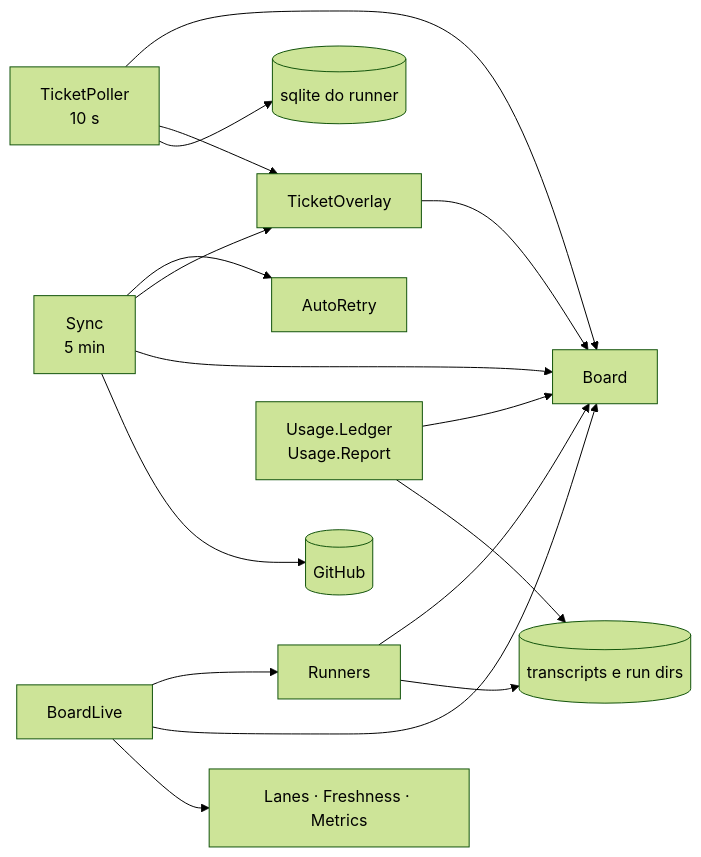
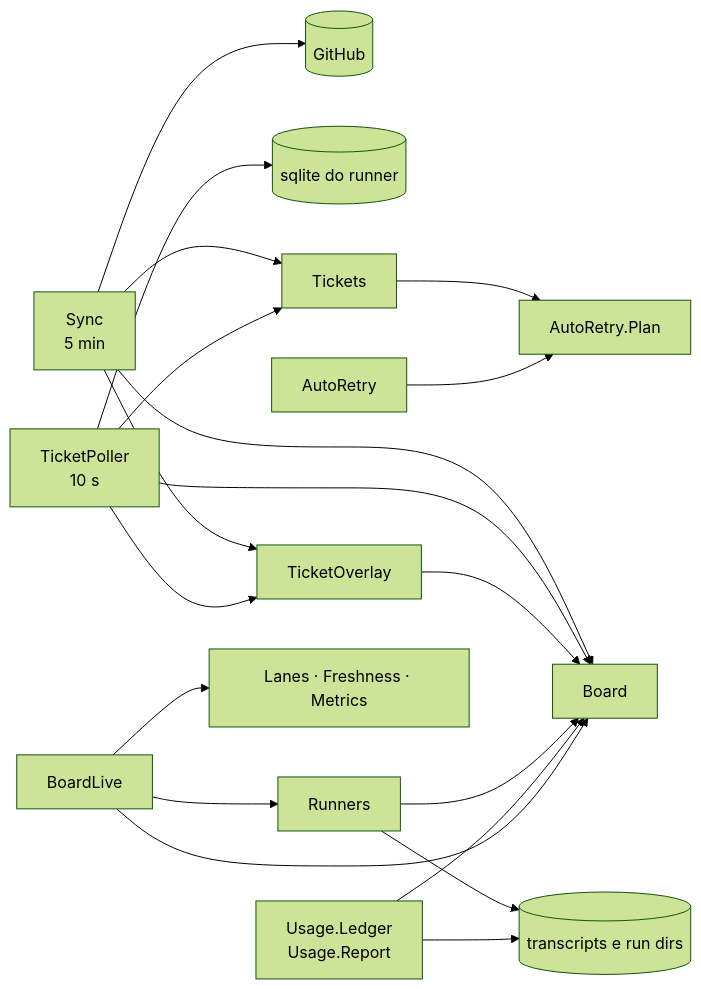
One commit to sallaumen/dsh-superagent-superboard changed the second of 5 diagrams in docs/architecture/README.md. Above: the diagram before and after it, drawn with Mermaid (forest theme). The commit also changed other lines of this file and 6 other files, not shown here.

First line of the commit message:
refactor(tickets): give the ticket rule and the retry decision their modules

````diff
--- a/docs/architecture/README.md
+++ b/docs/architecture/README.md
@@ -70,25 +70,29 @@
 ```mermaid
 flowchart LR
     GH[(GitHub)]
     AGENT[(sqlite do runner)]
     FILES[(transcripts e run dirs)]
 
     SYNC["Sync\n5 min"] --> GH
     SYNC --> BOARD["Board"]
     SYNC --> OVERLAY["TicketOverlay"]
-    SYNC --> AUTORETRY["AutoRetry"]
+    SYNC --> TICKETS["Tickets"]
 
     POLL["TicketPoller\n10 s"] --> AGENT
+    POLL --> TICKETS
     POLL --> OVERLAY
     POLL --> BOARD
+
+    TICKETS --> PLAN["AutoRetry.Plan"]
+    AUTORETRY["AutoRetry"] --> PLAN
 
     OVERLAY --> BOARD
     RUNNERS["Runners"] --> FILES
     RUNNERS --> BOARD
     USAGE["Usage.Ledger\nUsage.Report"] --> FILES
     USAGE --> BOARD
 
     UI["BoardLive"] --> LANES["Lanes · Freshness · Metrics"]
     UI --> BOARD
     UI --> RUNNERS
 ```
````
